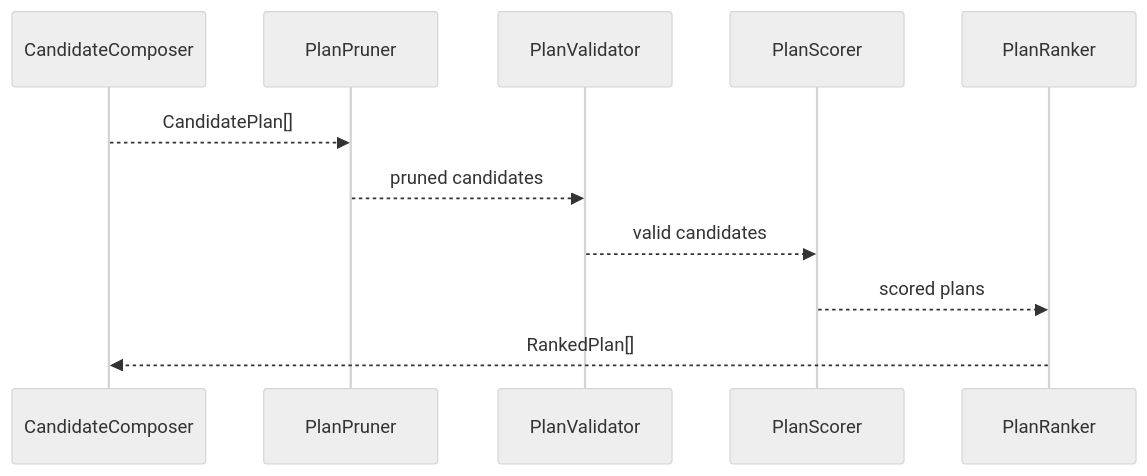
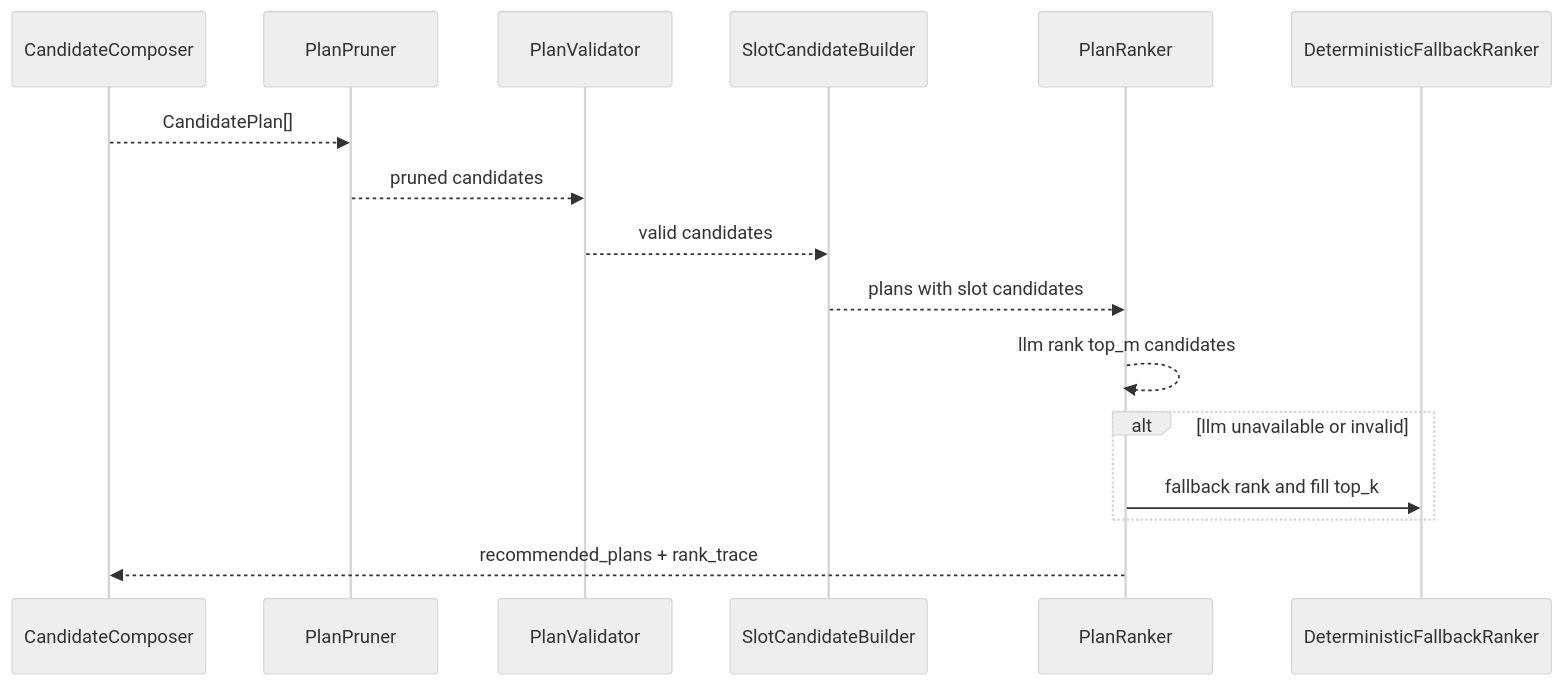
Before and after one commit to xiao-yu-lin/SkillMash: the second of 2 diagrams in docs/modules/online-pruning-ranking.md, drawn with Mermaid (neutral theme). The commit also changed other lines of this file and 21 other files, not shown here.

Commit message:
Implement slot-aware ranking flow and relation feedback loop

````diff
--- a/docs/modules/online-pruning-ranking.md
+++ b/docs/modules/online-pruning-ranking.md
@@ -90,14 +103,19 @@
 ```mermaid
 sequenceDiagram
   participant Composer as CandidateComposer
   participant Pruner as PlanPruner
   participant Validator as PlanValidator
-  participant Scorer as PlanScorer
+  participant Slot as SlotCandidateBuilder
   participant Ranker as PlanRanker
+  participant Fallback as DeterministicFallbackRanker
 
   Composer-->>Pruner: CandidatePlan[]
   Pruner-->>Validator: pruned candidates
-  Validator-->>Scorer: valid candidates
-  Scorer-->>Ranker: scored plans
-  Ranker-->>Composer: RankedPlan[]
+  Validator-->>Slot: valid candidates
+  Slot-->>Ranker: plans with slot candidates
+  Ranker-->>Ranker: llm rank top_m candidates
+  alt llm unavailable or invalid
+    Ranker->>Fallback: fallback rank and fill top_k
+  end
+  Ranker-->>Composer: recommended_plans + rank_trace
 ```
````
